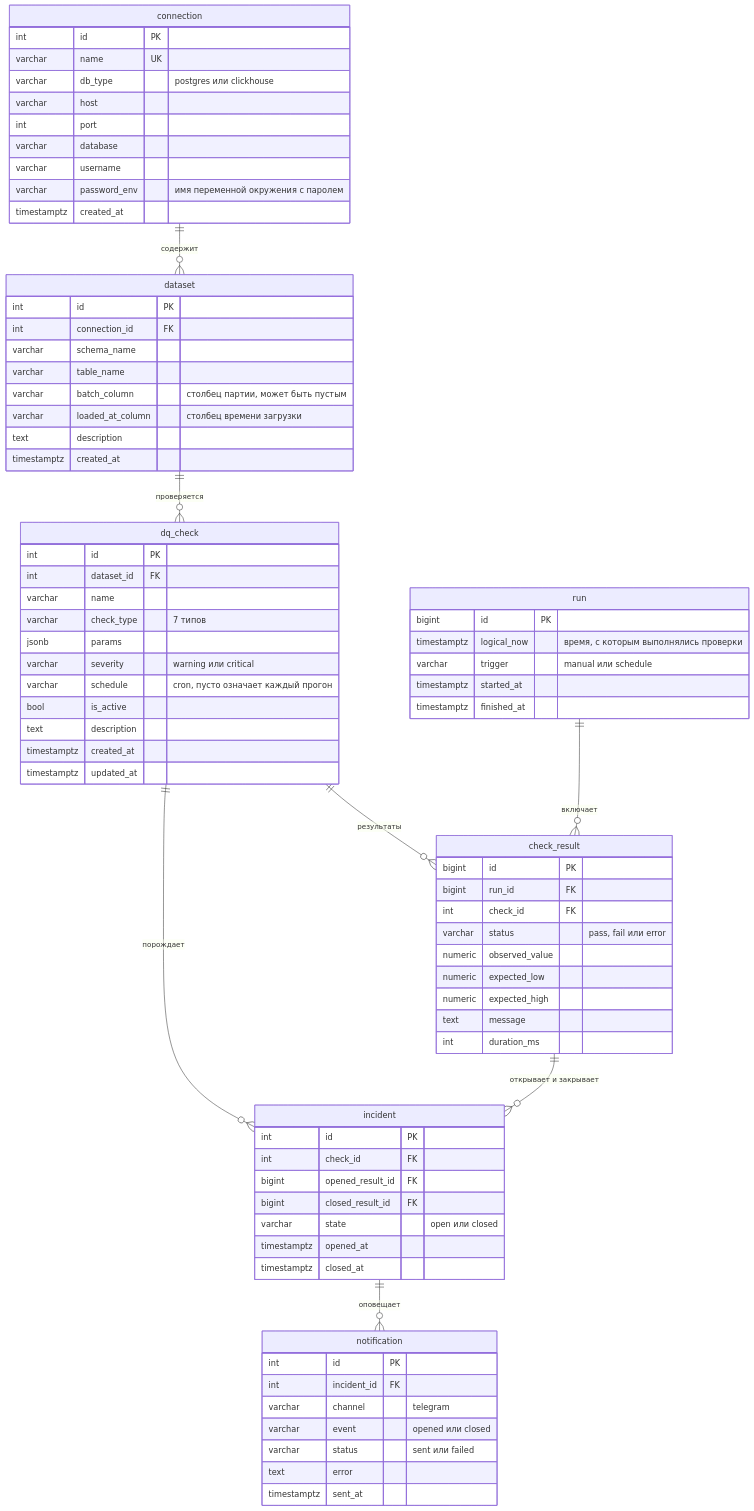
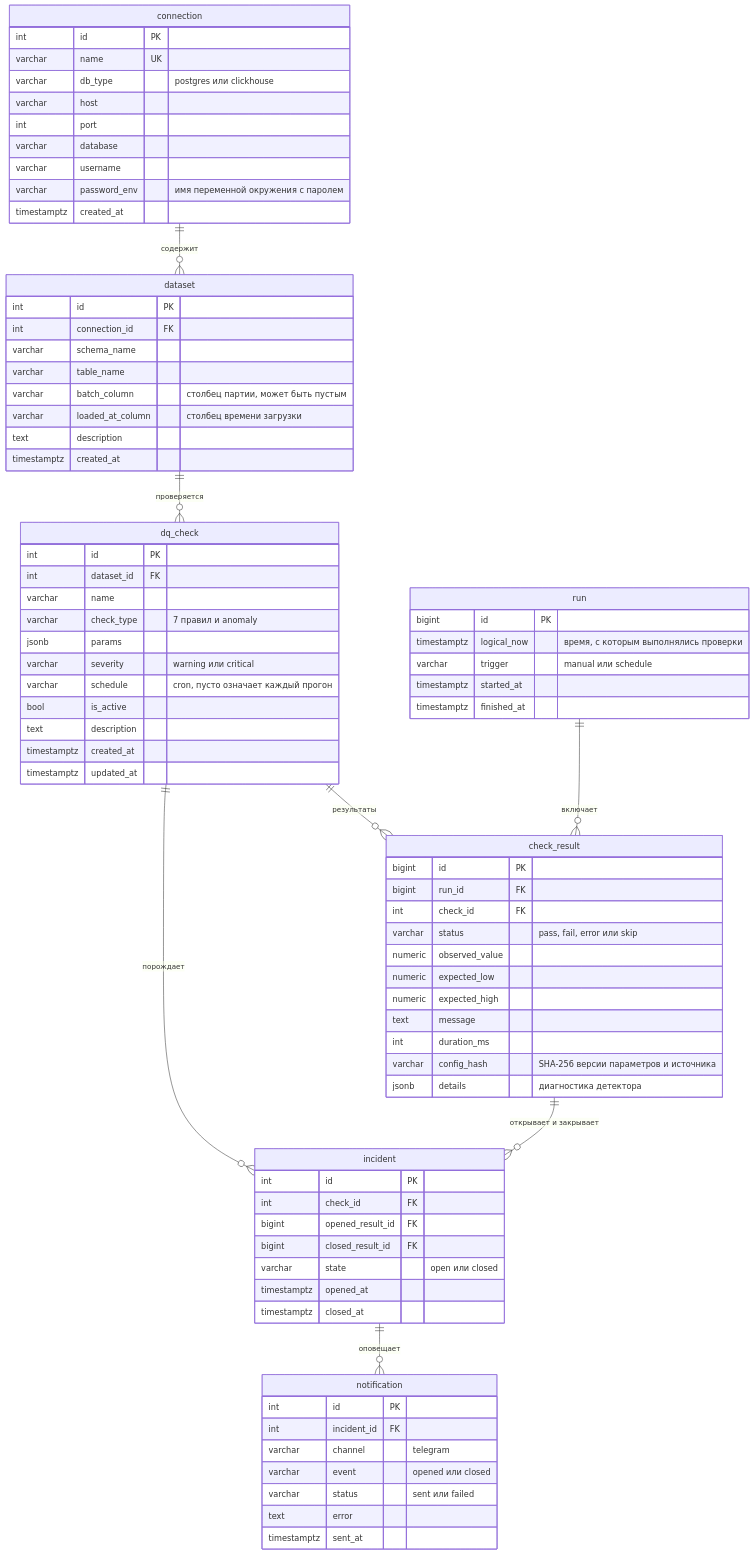
One commit to asemenov2004/dq-monitor changed the diagram in docs/erd.md. Above: the diagram before and after it, drawn with Mermaid. The commit also changed other lines of this file and 21 other files, not shown here.

```diff
--- a/docs/erd.md
+++ b/docs/erd.md
@@ -39,7 +39,7 @@
         int id PK
         int dataset_id FK
         varchar name
-        varchar check_type "7 типов"
+        varchar check_type "7 правил и anomaly"
         jsonb params
         varchar severity "warning или critical"
         varchar schedule "cron, пусто означает каждый прогон"
@@ -59,12 +59,14 @@
         bigint id PK
         bigint run_id FK
         int check_id FK
-        varchar status "pass, fail или error"
+        varchar status "pass, fail, error или skip"
         numeric observed_value
         numeric expected_low
         numeric expected_high
         text message
         int duration_ms
+        varchar config_hash "SHA-256 версии параметров и источника"
+        jsonb details "диагностика детектора"
     }
     incident {
         int id PK
```
